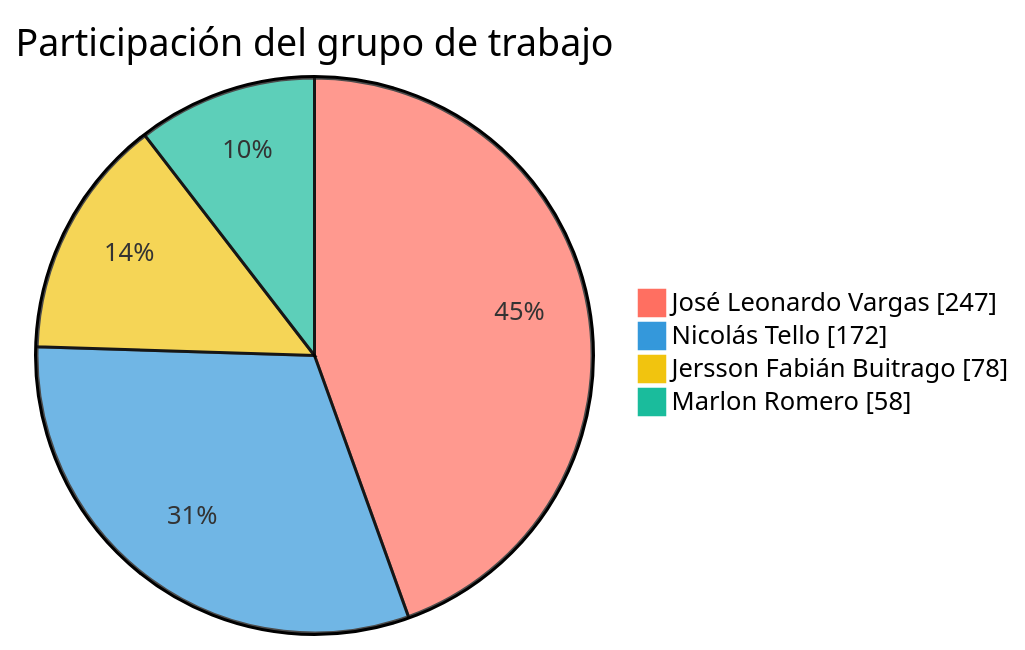
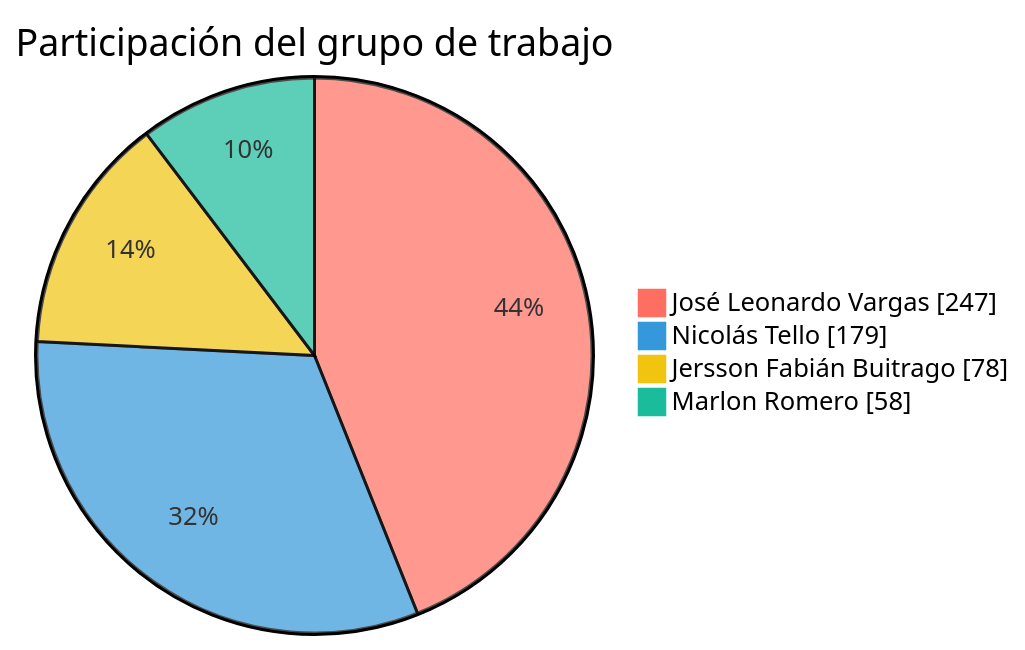
One commit to FarmaExpres/FarmaExpres changed the first of 2 diagrams in README.md. Above: the diagram before and after it, drawn with Mermaid. The commit also changed other lines of this file and 1 other file, not shown here.

````diff
--- a/README.md
+++ b/README.md
@@ -389,9 +389,9 @@
 ```mermaid
 %%{init: {"themeVariables": {"pie1": "#ff6f61", "pie2": "#3498db", "pie3": "#f1c40f", "pie4": "#1abc9c", "pieLabelColor": "#000000", "pieLabelFontSize": "24px", "pieLabelFontWeight": "700"}}}%%
 pie showData
     title Participación del grupo de trabajo
     "José Leonardo Vargas" : 247
-    "Nicolás Tello" : 172
+    "Nicolás Tello" : 179
     "Jersson Fabián Buitrago" : 78
     "Marlon Romero" : 58
 ```
````
